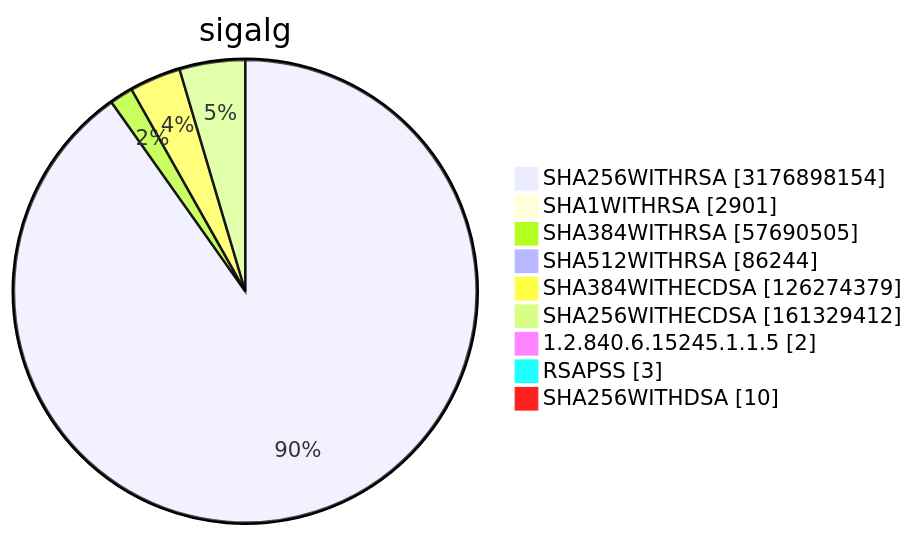
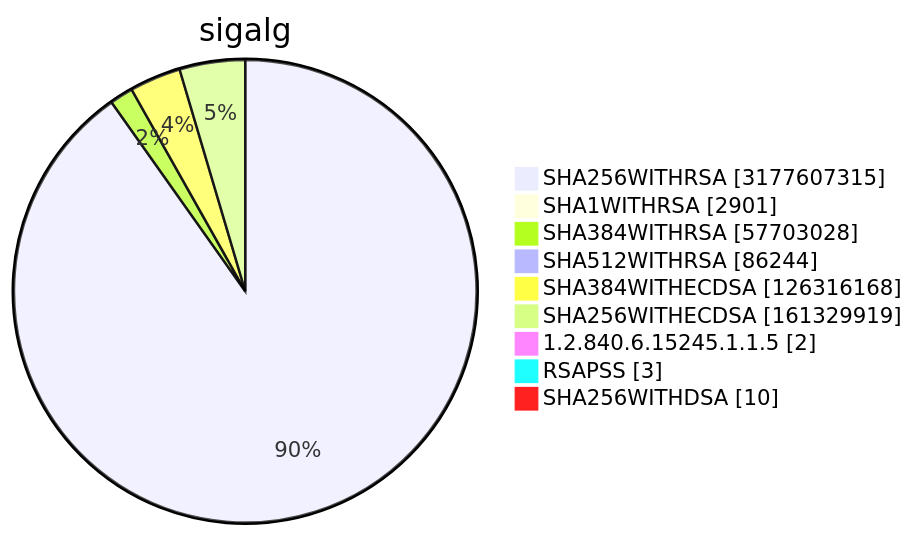
Diagram 15 of 15 in TOTAL/README.md (christiankrug/ctmonitor_visualization), drawn with Mermaid before and after one commit. The commit also changed other lines of this file, not shown here.

````diff
--- a/TOTAL/README.md
+++ b/TOTAL/README.md
@@ -6215,13 +6215,13 @@
 ```mermaid
 pie showData
 title sigalg
-"SHA256WITHRSA" :3176898154
+"SHA256WITHRSA" :3177607315
 "SHA1WITHRSA" :2901
-"SHA384WITHRSA" :57690505
+"SHA384WITHRSA" :57703028
 "SHA512WITHRSA" :86244
-"SHA384WITHECDSA" :126274379
-"SHA256WITHECDSA" :161329412
+"SHA384WITHECDSA" :126316168
+"SHA256WITHECDSA" :161329919
 "1.2.840.6.15245.1.1.5" :2
 "RSAPSS" :3
 "SHA256WITHDSA" :10
 ```
````
